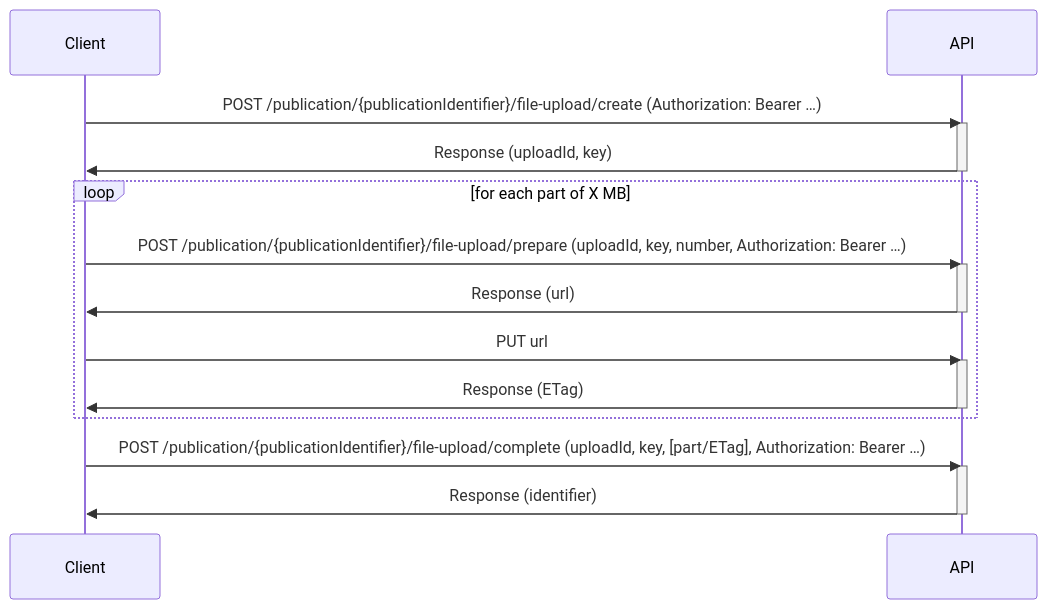
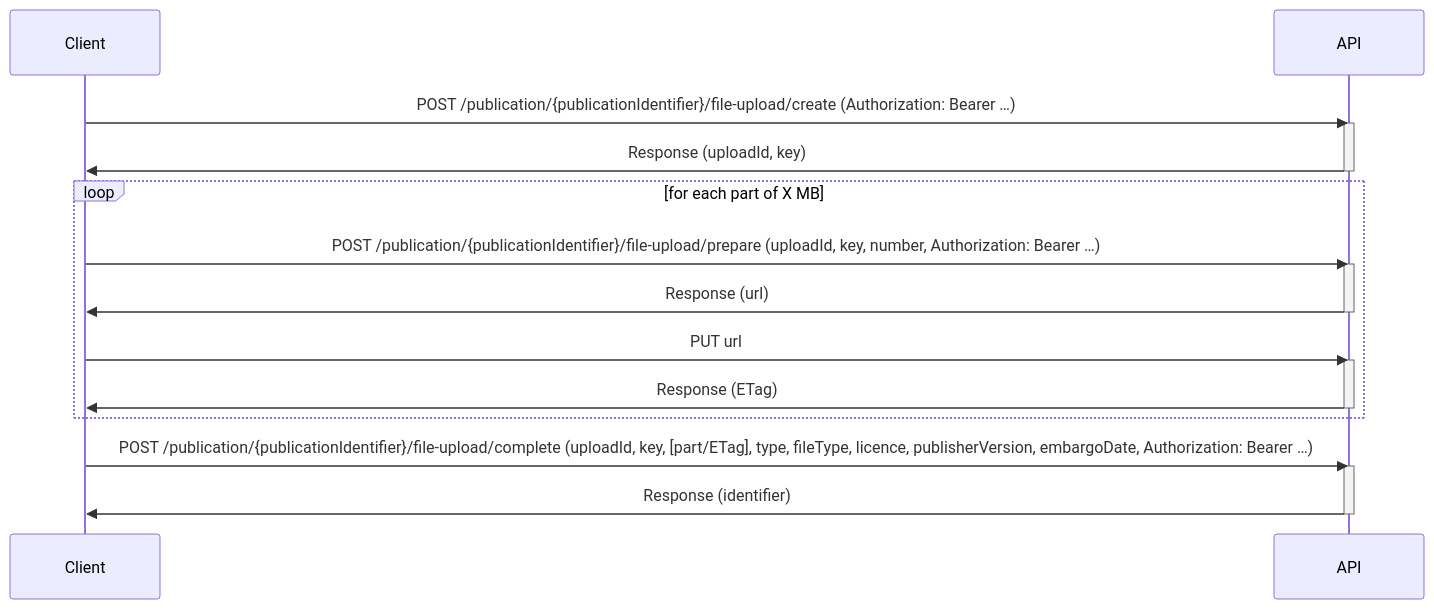
Before and after one commit to BIBSYSDEV/nva-api-documentation: the diagram in scenarios/file-upload/index.md, drawn with Mermaid. The commit also changed other lines of this file, not shown here.

First line of the commit message:
Update file upload documentation with correct payload examples (#8)

````diff
--- a/scenarios/file-upload/index.md
+++ b/scenarios/file-upload/index.md
@@ -3,21 +3,21 @@
 ```mermaid
 sequenceDiagram
     Client->>API: POST /publication/{publicationIdentifier}/file-upload/create (Authorization: Bearer …)
     activate API
     API->>Client: Response (uploadId, key)
     deactivate API
     loop for each part of X MB
         Client->>API: POST /publication/{publicationIdentifier}/file-upload/prepare (uploadId, key, number, Authorization: Bearer …)
         activate API
         API->>Client: Response (url)
         deactivate API
         Client->>API: PUT url
         activate API
         API->>Client: Response (ETag)
         deactivate API
     end
-    Client->>API: POST /publication/{publicationIdentifier}/file-upload/complete  (uploadId, key, [part/ETag], Authorization: Bearer …)
+    Client->>API: POST /publication/{publicationIdentifier}/file-upload/complete  (uploadId, key, [part/ETag], type, fileType, licence, publisherVersion, embargoDate, Authorization: Bearer …)
     activate API
     API->>Client: Response (identifier)
     deactivate API
 ```
````
